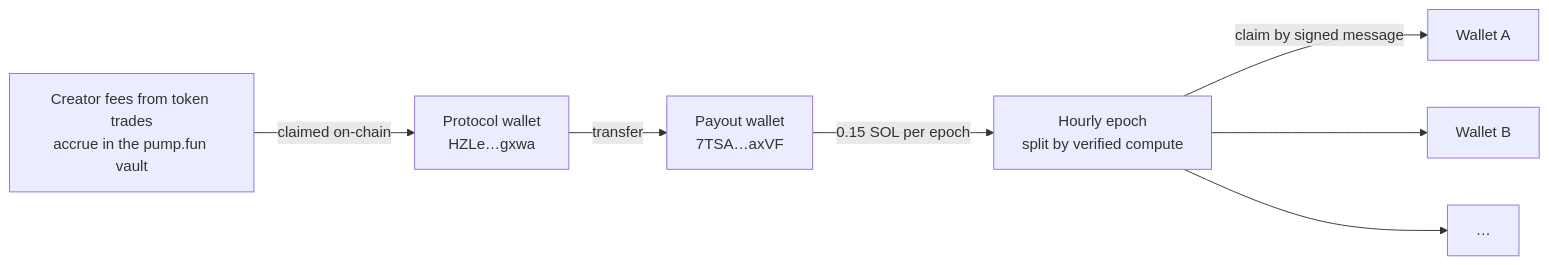
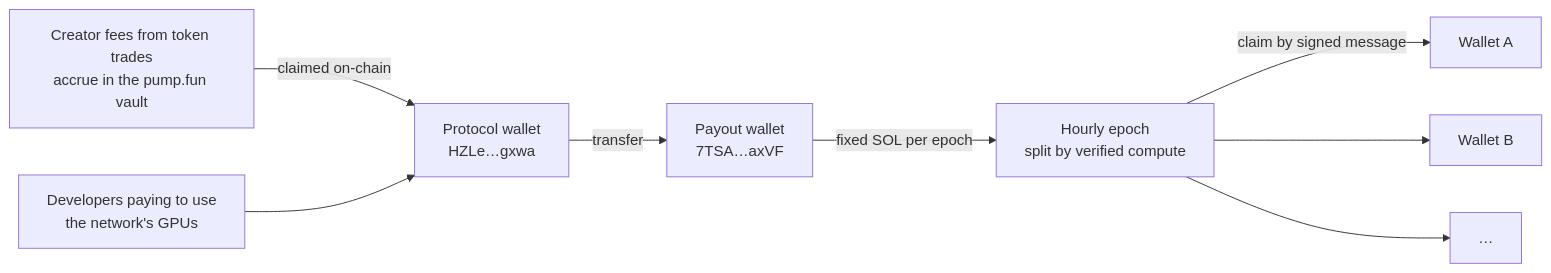
Before and after one commit to UseBrainNetwork/brain: the diagram in gitbook/economics/how-contributors-are-paid.md, drawn with Mermaid. The commit also changed other lines of this file and 9 other files, not shown here.

````diff
--- a/gitbook/economics/how-contributors-are-paid.md
+++ b/gitbook/economics/how-contributors-are-paid.md
@@ -5,9 +5,10 @@
 ```mermaid
 flowchart LR
   fees["Creator fees from token trades<br/>accrue in the pump.fun vault"] -->|claimed on-chain| proto["Protocol wallet<br/>HZLe…gxwa"]
+  usage["Developers paying to use<br/>the network's GPUs"] --> proto
   proto -->|transfer| payout["Payout wallet<br/>7TSA…axVF"]
-  payout -->|0.15 SOL per epoch| epoch["Hourly epoch<br/>split by verified compute"]
+  payout -->|fixed SOL per epoch| epoch["Hourly epoch<br/>split by verified compute"]
   epoch -->|claim by signed message| w1["Wallet A"]
   epoch --> w2["Wallet B"]
   epoch --> w3["…"]
 ```
````
